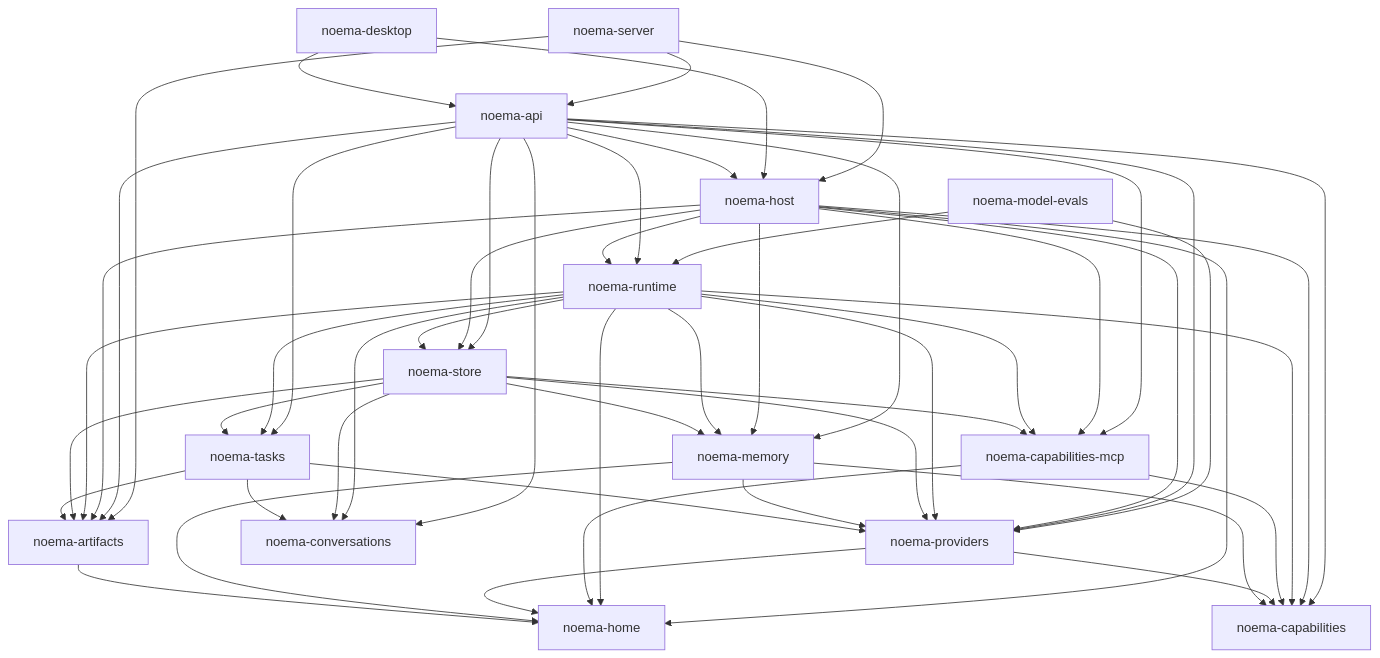
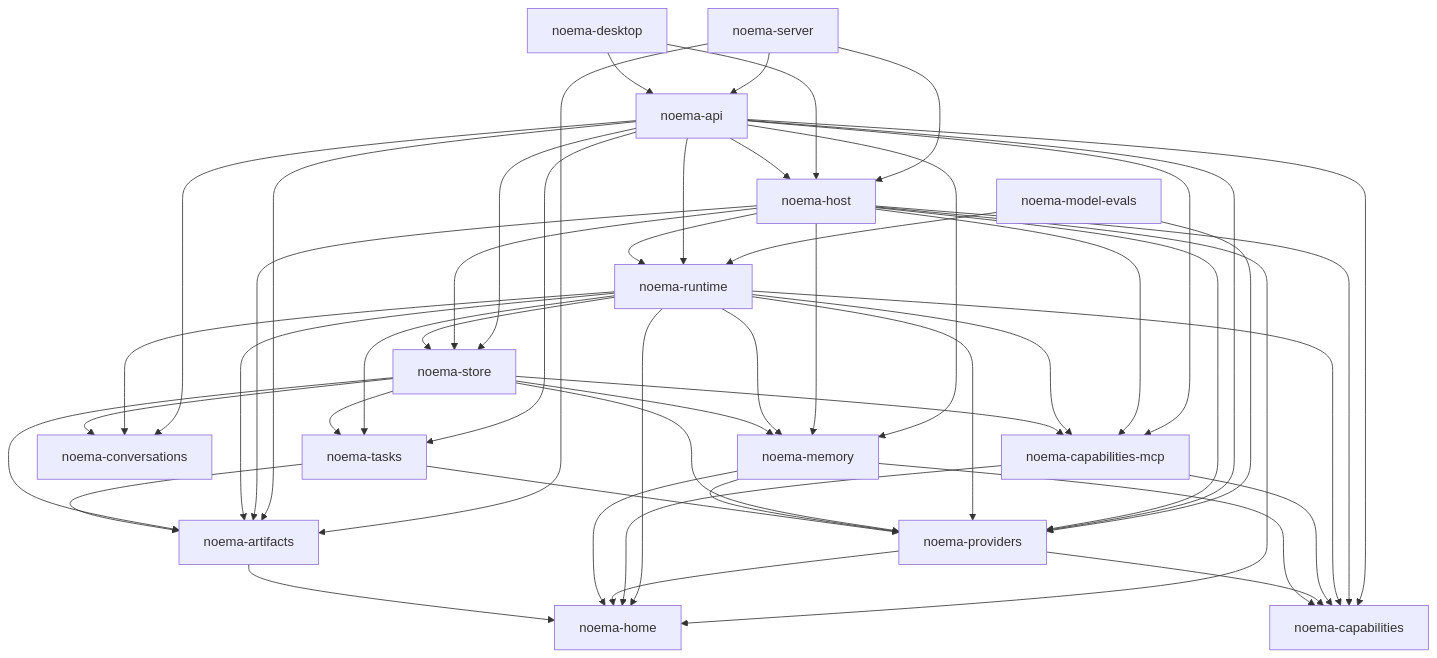
Before and after one commit to kpsuperplane/Noema: the diagram in docs/superpowers/plans/2026-07-15-noema-core-crate-decomposition.md, drawn with Mermaid. The commit also changed other lines of this file and 1 other file, not shown here.

Commit message:
docs(architecture): harden task and mcp extraction boundaries

````diff
--- a/docs/superpowers/plans/2026-07-15-noema-core-crate-decomposition.md
+++ b/docs/superpowers/plans/2026-07-15-noema-core-crate-decomposition.md
@@ -212,59 +212,58 @@
 ```mermaid
 flowchart TD
     Server["noema-server"] --> Api["noema-api"]
     Server --> Artifacts["noema-artifacts"]
     Desktop["noema-desktop"] --> Api
     Server --> Host["noema-host"]
     Desktop --> Host
     Evals["noema-model-evals"] --> Runtime["noema-runtime"]
     Evals --> Providers["noema-providers"]
 
     Api --> Host
     Api --> Runtime
     Api --> Store["noema-store"]
     Api --> Tasks["noema-tasks"]
     Api --> Conversations["noema-conversations"]
     Api --> Artifacts
     Api --> Capabilities["noema-capabilities"]
     Api --> Mcp["noema-capabilities-mcp"]
     Api --> Providers
     Api --> Memory["noema-memory"]
 
     Host --> Runtime
     Host --> Store
     Host --> Artifacts
     Host --> Capabilities
     Host --> Providers
     Host --> Mcp
     Host --> Memory
     Host --> Home["noema-home"]
 
     Runtime --> Store
     Runtime --> Tasks
     Runtime --> Conversations
     Runtime --> Artifacts
     Runtime --> Capabilities
     Runtime --> Mcp
     Runtime --> Providers
     Runtime --> Memory
     Runtime --> Home
 
     Store --> Tasks
     Store --> Conversations
     Store --> Artifacts
     Store --> Providers
     Store --> Mcp
     Store --> Memory
 
     Mcp --> Capabilities
     Mcp --> Home
     Providers --> Capabilities
     Providers --> Home
     Memory --> Providers
     Memory --> Capabilities
     Memory --> Home
     Tasks --> Providers
     Tasks --> Artifacts
-    Tasks --> Conversations
     Artifacts --> Home
 ```
````
